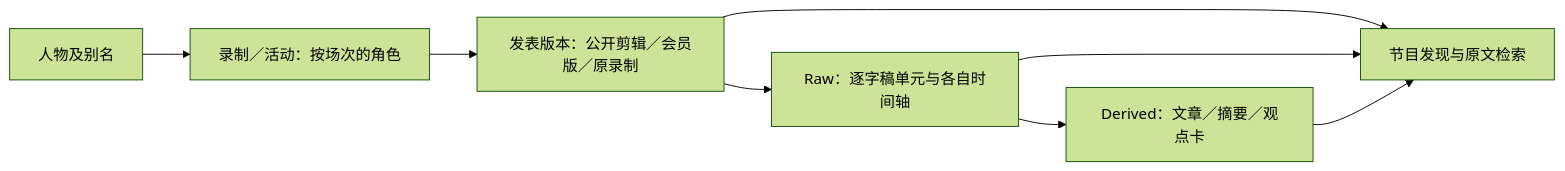
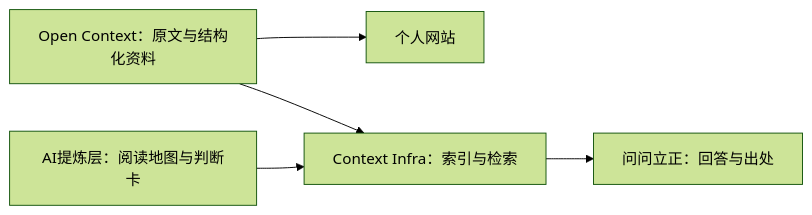
One commit to sunyuzheng/ask-lizheng changed the diagram in data/context/docs/conversation-architecture.md. Above: the diagram before and after it, drawn with Mermaid (forest theme). The commit also changed other lines of this file and 375 other files, not shown here.

````diff
--- a/data/context/docs/conversation-architecture.md
+++ b/data/context/docs/conversation-architecture.md
@@ -11,10 +13,7 @@
 ```mermaid
 flowchart LR
-  P[人物及别名] --> R[录制／活动：按场次的角色]
-  R --> E[发表版本：公开剪辑／会员版／原录制]
-  E --> U[Raw：逐字稿单元与各自时间轴]
-  U --> D[Derived：文章／摘要／观点卡]
-  E --> Q[节目发现与原文检索]
-  U --> Q
-  D --> Q
+  O[Open Context：原文与结构化资料] --> W[个人网站]
+  O --> I[Context Infra：索引与检索]
+  D[AI提炼层：阅读地图与判断卡] --> I
+  I --> Q[问问立正：回答与出处]
 ```
````
